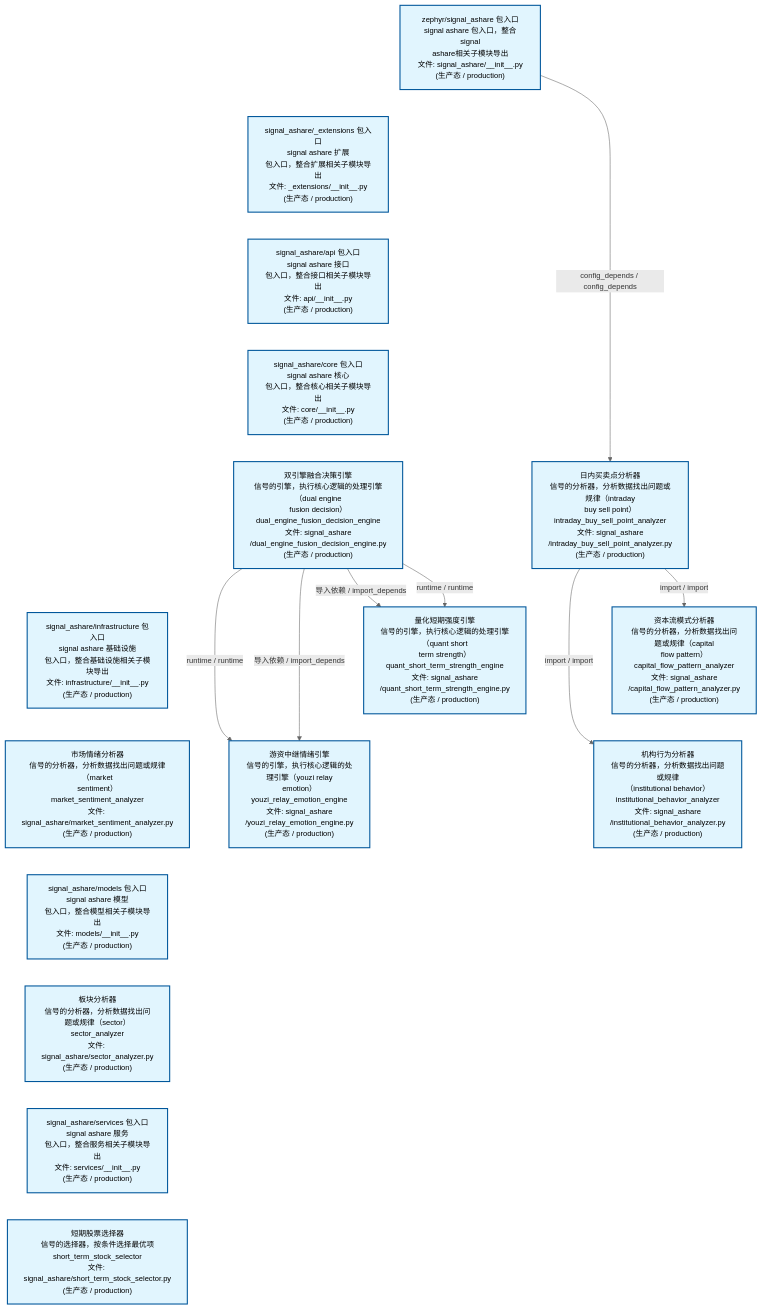
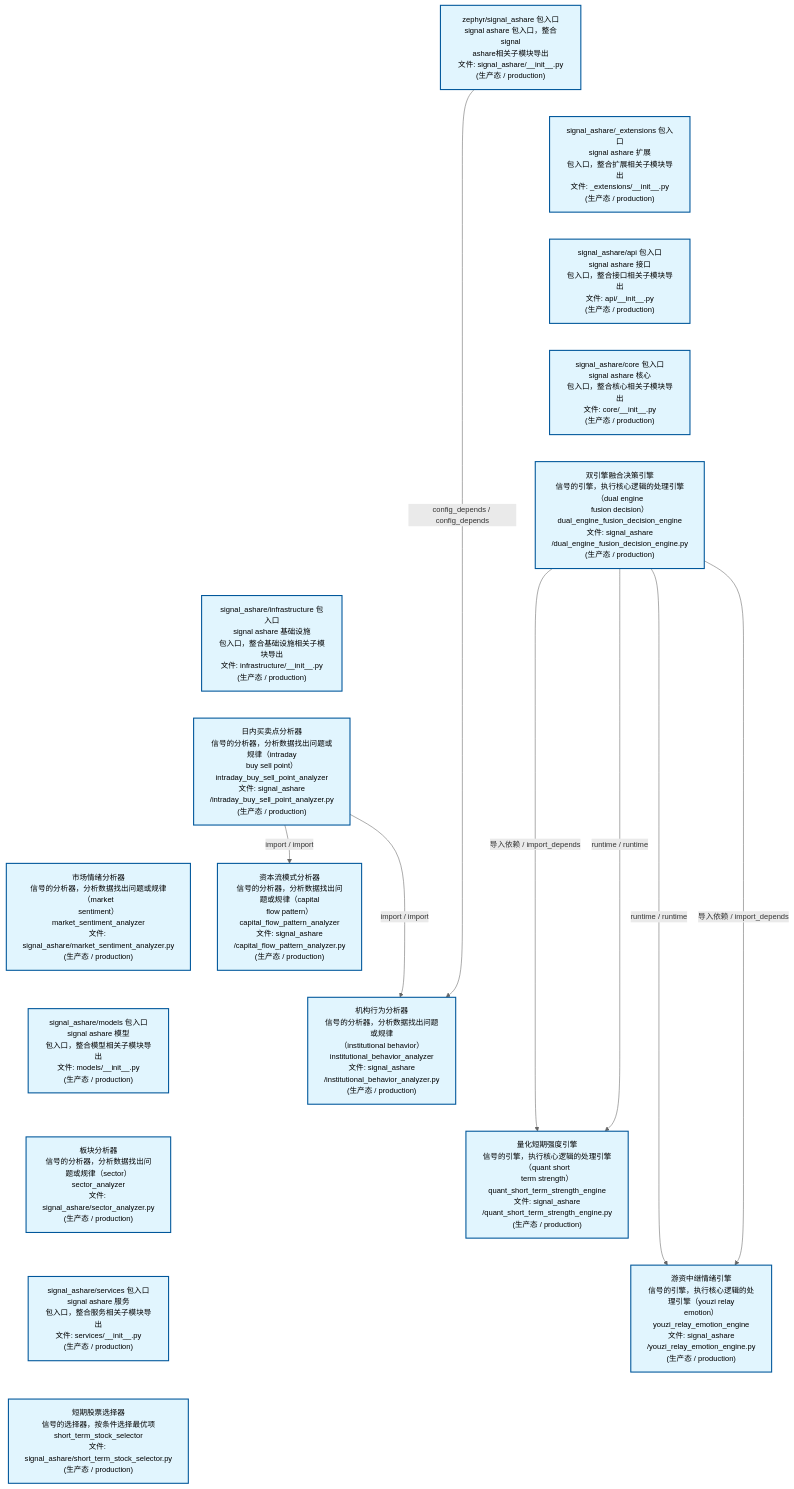
The second of 4 diagrams in docs/02_enterprise_architecture/02_domain_architecture_docs/32_d_ashare_signal.md (xuanFelixVan/ZephyrAlpha), drawn with Mermaid before and after one commit. The commit also changed other lines of this file and 44 other files, not shown here.

````diff
--- a/docs/02_enterprise_architecture/02_domain_architecture_docs/32_d_ashare_signal.md
+++ b/docs/02_enterprise_architecture/02_domain_architecture_docs/32_d_ashare_signal.md
@@ -111,45 +112,46 @@
 ```mermaid
 %%{init: {'theme': 'base', 'themeVariables': {'primaryColor': '#eaeaea', 'primaryTextColor': '#333333', 'primaryBorderColor': '#666666', 'lineColor': '#666666', 'secondaryColor': '#eaeaea', 'tertiaryColor': '#eaeaea', 'fontSize': '14px'}}}%%
 flowchart TD
     src_zephyr_signal_ashare_init_py["zephyr/signal_ashare 包入口<br/>signal ashare 包入口，整合signal<br/>ashare相关子模块导出<br/>文件: signal_ashare/__init__.py<br/>(生产态 / production)"]
     src_zephyr_signal_ashare_extensions_init_py["signal_ashare/_extensions 包入口<br/>signal ashare 扩展<br/>包入口，整合扩展相关子模块导出<br/>文件: _extensions/__init__.py<br/>(生产态 / production)"]
     src_zephyr_signal_ashare_api_init_py["signal_ashare/api 包入口<br/>signal ashare 接口<br/>包入口，整合接口相关子模块导出<br/>文件: api/__init__.py<br/>(生产态 / production)"]
     src_zephyr_signal_ashare_core_init_py["signal_ashare/core 包入口<br/>signal ashare 核心<br/>包入口，整合核心相关子模块导出<br/>文件: core/__init__.py<br/>(生产态 / production)"]
     src_zephyr_signal_ashare_dual_engine_fusion_decision_engine_py["双引擎融合决策引擎<br/>信号的引擎，执行核心逻辑的处理引擎（dual engine<br/>fusion decision）<br/>dual_engine_fusion_decision_engine<br/>文件: signal_ashare<br/>/dual_engine_fusion_decision_engine.py<br/>(生产态 / production)"]
     src_zephyr_signal_ashare_infrastructure_init_py["signal_ashare/infrastructure 包入口<br/>signal ashare 基础设施<br/>包入口，整合基础设施相关子模块导出<br/>文件: infrastructure/__init__.py<br/>(生产态 / production)"]
+    src_zephyr_signal_ashare_intraday_buy_sell_point_analyzer_py["日内买卖点分析器<br/>信号的分析器，分析数据找出问题或规律（intraday<br/>buy sell point）<br/>intraday_buy_sell_point_analyzer<br/>文件: signal_ashare<br/>/intraday_buy_sell_point_analyzer.py<br/>(生产态 / production)"]
     src_zephyr_signal_ashare_market_sentiment_analyzer_py["市场情绪分析器<br/>信号的分析器，分析数据找出问题或规律（market<br/>sentiment）<br/>market_sentiment_analyzer<br/>文件: signal_ashare/market_sentiment_analyzer.py<br/>(生产态 / production)"]
     src_zephyr_signal_ashare_models_init_py["signal_ashare/models 包入口<br/>signal ashare 模型<br/>包入口，整合模型相关子模块导出<br/>文件: models/__init__.py<br/>(生产态 / production)"]
     src_zephyr_signal_ashare_sector_analyzer_py["板块分析器<br/>信号的分析器，分析数据找出问题或规律（sector）<br/>sector_analyzer<br/>文件: signal_ashare/sector_analyzer.py<br/>(生产态 / production)"]
     src_zephyr_signal_ashare_services_init_py["signal_ashare/services 包入口<br/>signal ashare 服务<br/>包入口，整合服务相关子模块导出<br/>文件: services/__init__.py<br/>(生产态 / production)"]
     src_zephyr_signal_ashare_short_term_stock_selector_py["短期股票选择器<br/>信号的选择器，按条件选择最优项<br/>short_term_stock_selector<br/>文件: signal_ashare/short_term_stock_selector.py<br/>(生产态 / production)"]
     src_zephyr_signal_ashare_init_py ~~~ src_zephyr_signal_ashare_extensions_init_py
     src_zephyr_signal_ashare_extensions_init_py ~~~ src_zephyr_signal_ashare_api_init_py
     src_zephyr_signal_ashare_api_init_py ~~~ src_zephyr_signal_ashare_core_init_py
     src_zephyr_signal_ashare_core_init_py ~~~ src_zephyr_signal_ashare_dual_engine_fusion_decision_engine_py
     src_zephyr_signal_ashare_dual_engine_fusion_decision_engine_py ~~~ src_zephyr_signal_ashare_infrastructure_init_py
-    src_zephyr_signal_ashare_infrastructure_init_py ~~~ src_zephyr_signal_ashare_market_sentiment_analyzer_py
+    src_zephyr_signal_ashare_infrastructure_init_py ~~~ src_zephyr_signal_ashare_intraday_buy_sell_point_analyzer_py
+    src_zephyr_signal_ashare_intraday_buy_sell_point_analyzer_py ~~~ src_zephyr_signal_ashare_market_sentiment_analyzer_py
     src_zephyr_signal_ashare_market_sentiment_analyzer_py ~~~ src_zephyr_signal_ashare_models_init_py
     src_zephyr_signal_ashare_models_init_py ~~~ src_zephyr_signal_ashare_sector_analyzer_py
     src_zephyr_signal_ashare_sector_analyzer_py ~~~ src_zephyr_signal_ashare_services_init_py
     src_zephyr_signal_ashare_services_init_py ~~~ src_zephyr_signal_ashare_short_term_stock_selector_py
-    src_zephyr_signal_ashare_intraday_buy_sell_point_analyzer_py["日内买卖点分析器<br/>信号的分析器，分析数据找出问题或规律（intraday<br/>buy sell point）<br/>intraday_buy_sell_point_analyzer<br/>文件: signal_ashare<br/>/intraday_buy_sell_point_analyzer.py<br/>(生产态 / production)"]
+    src_zephyr_signal_ashare_capital_flow_pattern_analyzer_py["资本流模式分析器<br/>信号的分析器，分析数据找出问题或规律（capital<br/>flow pattern）<br/>capital_flow_pattern_analyzer<br/>文件: signal_ashare<br/>/capital_flow_pattern_analyzer.py<br/>(生产态 / production)"]
+    src_zephyr_signal_ashare_institutional_behavior_analyzer_py["机构行为分析器<br/>信号的分析器，分析数据找出问题或规律<br/>（institutional behavior）<br/>institutional_behavior_analyzer<br/>文件: signal_ashare<br/>/institutional_behavior_analyzer.py<br/>(生产态 / production)"]
     src_zephyr_signal_ashare_quant_short_term_strength_engine_py["量化短期强度引擎<br/>信号的引擎，执行核心逻辑的处理引擎（quant short<br/>term strength）<br/>quant_short_term_strength_engine<br/>文件: signal_ashare<br/>/quant_short_term_strength_engine.py<br/>(生产态 / production)"]
     src_zephyr_signal_ashare_youzi_relay_emotion_engine_py["游资中继情绪引擎<br/>信号的引擎，执行核心逻辑的处理引擎（youzi relay<br/>emotion）<br/>youzi_relay_emotion_engine<br/>文件: signal_ashare<br/>/youzi_relay_emotion_engine.py<br/>(生产态 / production)"]
-    src_zephyr_signal_ashare_intraday_buy_sell_point_analyzer_py ~~~ src_zephyr_signal_ashare_quant_short_term_strength_engine_py
+    src_zephyr_signal_ashare_capital_flow_pattern_analyzer_py ~~~ src_zephyr_signal_ashare_institutional_behavior_analyzer_py
+    src_zephyr_signal_ashare_institutional_behavior_analyzer_py ~~~ src_zephyr_signal_ashare_quant_short_term_strength_engine_py
     src_zephyr_signal_ashare_quant_short_term_strength_engine_py ~~~ src_zephyr_signal_ashare_youzi_relay_emotion_engine_py
-    src_zephyr_signal_ashare_capital_flow_pattern_analyzer_py["资本流模式分析器<br/>信号的分析器，分析数据找出问题或规律（capital<br/>flow pattern）<br/>capital_flow_pattern_analyzer<br/>文件: signal_ashare<br/>/capital_flow_pattern_analyzer.py<br/>(生产态 / production)"]
-    src_zephyr_signal_ashare_institutional_behavior_analyzer_py["机构行为分析器<br/>信号的分析器，分析数据找出问题或规律<br/>（institutional behavior）<br/>institutional_behavior_analyzer<br/>文件: signal_ashare<br/>/institutional_behavior_analyzer.py<br/>(生产态 / production)"]
-    src_zephyr_signal_ashare_capital_flow_pattern_analyzer_py ~~~ src_zephyr_signal_ashare_institutional_behavior_analyzer_py
+    src_zephyr_signal_ashare_dual_engine_fusion_decision_engine_py -->|runtime / runtime| src_zephyr_signal_ashare_youzi_relay_emotion_engine_py
+    src_zephyr_signal_ashare_dual_engine_fusion_decision_engine_py -->|导入依赖 / import_depends| src_zephyr_signal_ashare_youzi_relay_emotion_engine_py
+    src_zephyr_signal_ashare_dual_engine_fusion_decision_engine_py -->|导入依赖 / import_depends| src_zephyr_signal_ashare_quant_short_term_strength_engine_py
+    src_zephyr_signal_ashare_dual_engine_fusion_decision_engine_py -->|runtime / runtime| src_zephyr_signal_ashare_quant_short_term_strength_engine_py
+    src_zephyr_signal_ashare_intraday_buy_sell_point_analyzer_py -->|import / import| src_zephyr_signal_ashare_institutional_behavior_analyzer_py
     src_zephyr_signal_ashare_intraday_buy_sell_point_analyzer_py -->|import / import| src_zephyr_signal_ashare_capital_flow_pattern_analyzer_py
-    src_zephyr_signal_ashare_intraday_buy_sell_point_analyzer_py -->|import / import| src_zephyr_signal_ashare_institutional_behavior_analyzer_py
-    src_zephyr_signal_ashare_dual_engine_fusion_decision_engine_py -->|runtime / runtime| src_zephyr_signal_ashare_quant_short_term_strength_engine_py
-    src_zephyr_signal_ashare_dual_engine_fusion_decision_engine_py -->|导入依赖 / import_depends| src_zephyr_signal_ashare_quant_short_term_strength_engine_py
-    src_zephyr_signal_ashare_dual_engine_fusion_decision_engine_py -->|导入依赖 / import_depends| src_zephyr_signal_ashare_youzi_relay_emotion_engine_py
-    src_zephyr_signal_ashare_dual_engine_fusion_decision_engine_py -->|runtime / runtime| src_zephyr_signal_ashare_youzi_relay_emotion_engine_py
-    src_zephyr_signal_ashare_init_py -->|config_depends / config_depends| src_zephyr_signal_ashare_intraday_buy_sell_point_analyzer_py
+    src_zephyr_signal_ashare_init_py -->|config_depends / config_depends| src_zephyr_signal_ashare_institutional_behavior_analyzer_py
     classDef production fill:#e1f5fe,stroke:#01579b,stroke-width:2px,color:#000
     classDef design fill:#fff3e0,stroke:#e65100,stroke-width:2px,color:#000,stroke-dasharray: 5 5
     classDef external_prod fill:#e8f4fd,stroke:#0277bd,stroke-width:1px,color:#000
     classDef external_design fill:#fff8e7,stroke:#ef6c00,stroke-width:1px,color:#000,stroke-dasharray: 5 5
     class src_zephyr_signal_ashare_init_py,src_zephyr_signal_ashare_extensions_init_py,src_zephyr_signal_ashare_api_init_py,src_zephyr_signal_ashare_capital_flow_pattern_analyzer_py,src_zephyr_signal_ashare_core_init_py,src_zephyr_signal_ashare_dual_engine_fusion_decision_engine_py,src_zephyr_signal_ashare_infrastructure_init_py,src_zephyr_signal_ashare_institutional_behavior_analyzer_py,src_zephyr_signal_ashare_intraday_buy_sell_point_analyzer_py,src_zephyr_signal_ashare_market_sentiment_analyzer_py,src_zephyr_signal_ashare_models_init_py,src_zephyr_signal_ashare_quant_short_term_strength_engine_py,src_zephyr_signal_ashare_sector_analyzer_py,src_zephyr_signal_ashare_services_init_py,src_zephyr_signal_ashare_short_term_stock_selector_py,src_zephyr_signal_ashare_youzi_relay_emotion_engine_py production
 ```
````
